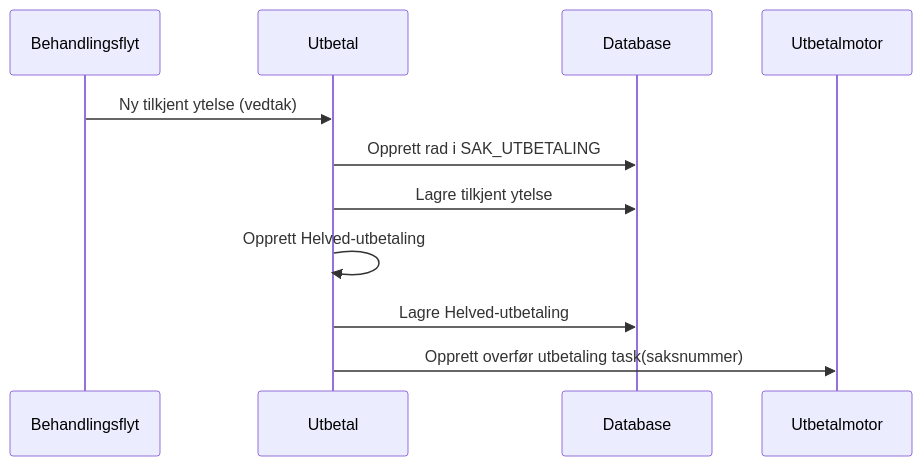
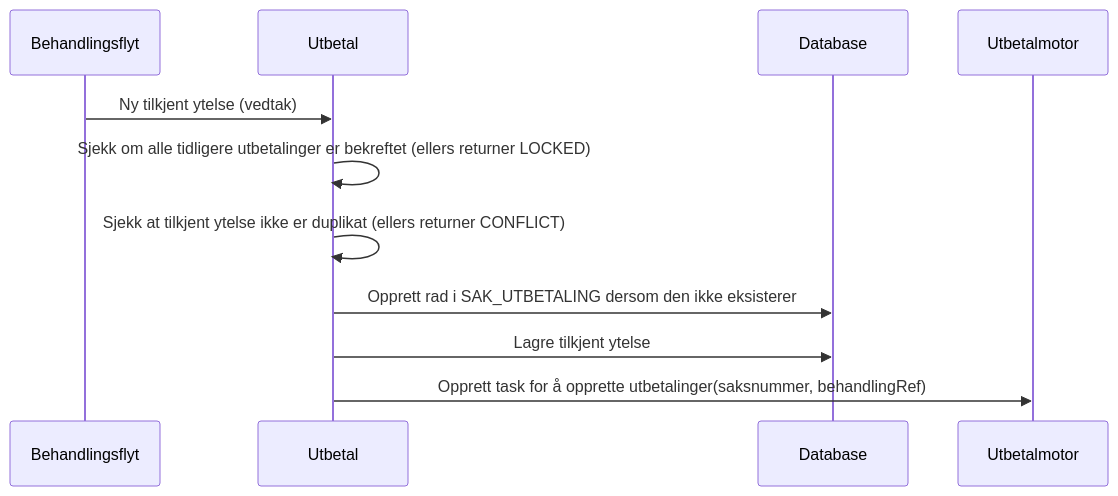
Before and after one commit to navikt/aap-utbetal: the second of 6 diagrams in README.md, drawn with Mermaid. The commit also changed other lines of this file, not shown here.

````diff
--- a/README.md
+++ b/README.md
@@ -32,10 +32,10 @@
 ```mermaid
 sequenceDiagram
 Behandlingsflyt->>Utbetal: Ny tilkjent ytelse (vedtak)
-Utbetal->>Database: Opprett rad i SAK_UTBETALING
+Utbetal->>Utbetal: Sjekk om alle tidligere utbetalinger er bekreftet (ellers returner LOCKED)
+Utbetal->>Utbetal: Sjekk at tilkjent ytelse ikke er duplikat (ellers returner CONFLICT)
+Utbetal->>Database: Opprett rad i SAK_UTBETALING dersom den ikke eksisterer
 Utbetal->>Database: Lagre tilkjent ytelse
-Utbetal->>Utbetal: Opprett Helved-utbetaling
-Utbetal->>Database: Lagre Helved-utbetaling
-Utbetal->>Utbetalmotor: Opprett overfør utbetaling task(saksnummer)
+Utbetal->>Utbetalmotor: Opprett task for å opprette utbetalinger(saksnummer, behandlingRef)
 
 ```
````
